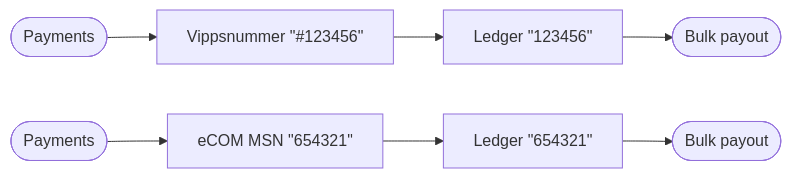
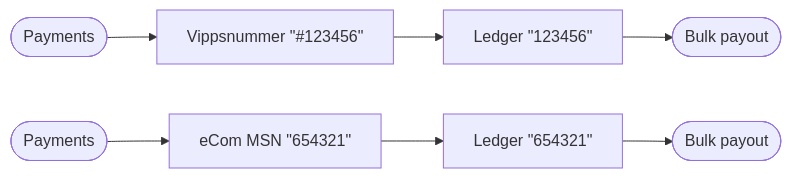
Before and after one commit to vippsas/vipps-report-api: the first of 2 diagrams in api-guide/settlement.md, drawn with Mermaid.

Commit message:
Use eCom, which is standardized

````diff
--- a/api-guide/settlement.md
+++ b/api-guide/settlement.md
@@ -78,11 +78,11 @@
 ``` mermaid
 flowchart LR
     PaymentVN([Payments])
     PaymentLedger([Payments])
     PaymentVN --> Vippsnummer["Vippsnummer #quot;#123456#quot;"]
-    PaymentLedger --> ecomMSN["eCOM MSN #quot;654321#quot;"]
+    PaymentLedger --> ecomMSN["eCom MSN #quot;654321#quot;"]
     Vippsnummer --> LedgerVN["Ledger #quot;123456#quot;"]
     ecomMSN --> LedgerMSN["Ledger #quot;654321#quot;"]
     LedgerVN --> BulkVN([Bulk payout])
     LedgerMSN --> BulkMSN([Bulk payout])
 ```
````
